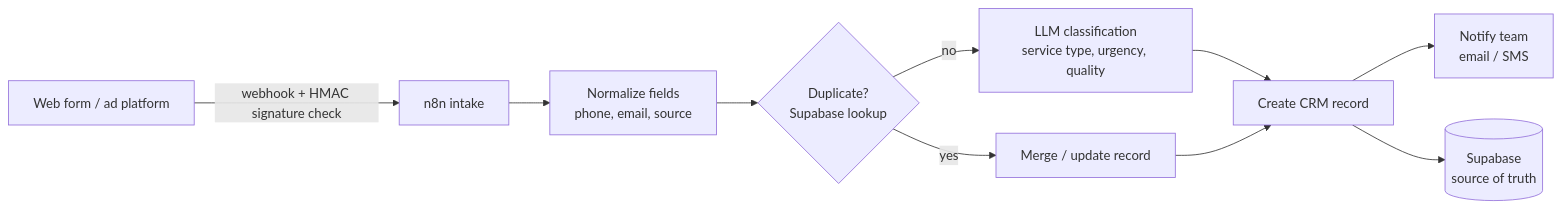
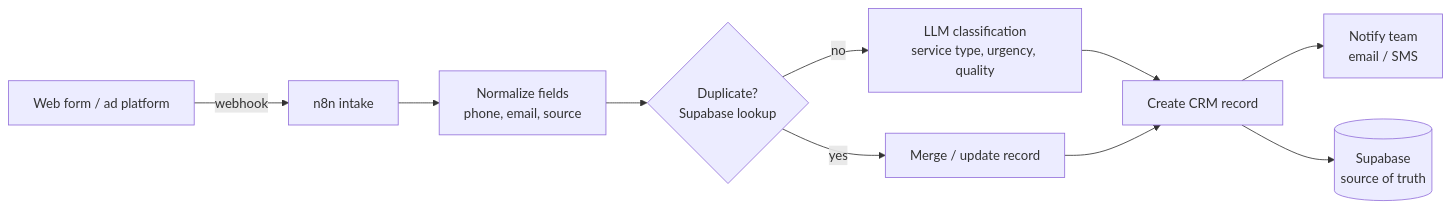
The diagram in README.md (luispadilla2702/luispadilla2702), drawn with Mermaid before and after one commit. The commit also changed other lines of this file, not shown here.

````diff
--- a/README.md
+++ b/README.md
@@ -26,12 +26,12 @@
 ```mermaid
 flowchart LR
-    A[Web form / ad platform] -->|webhook + HMAC signature check| B[n8n intake]
+    A[Web form / ad platform] -->|webhook| B[n8n intake]
     B --> C[Normalize fields<br/>phone, email, source]
     C --> D{Duplicate?<br/>Supabase lookup}
     D -- yes --> E[Merge / update record]
     D -- no --> F[LLM classification<br/>service type, urgency, quality]
     F --> G[Create CRM record]
     E --> G
     G --> H[Notify team<br/>email / SMS]
     G --> I[(Supabase<br/>source of truth)]
 ```
````
